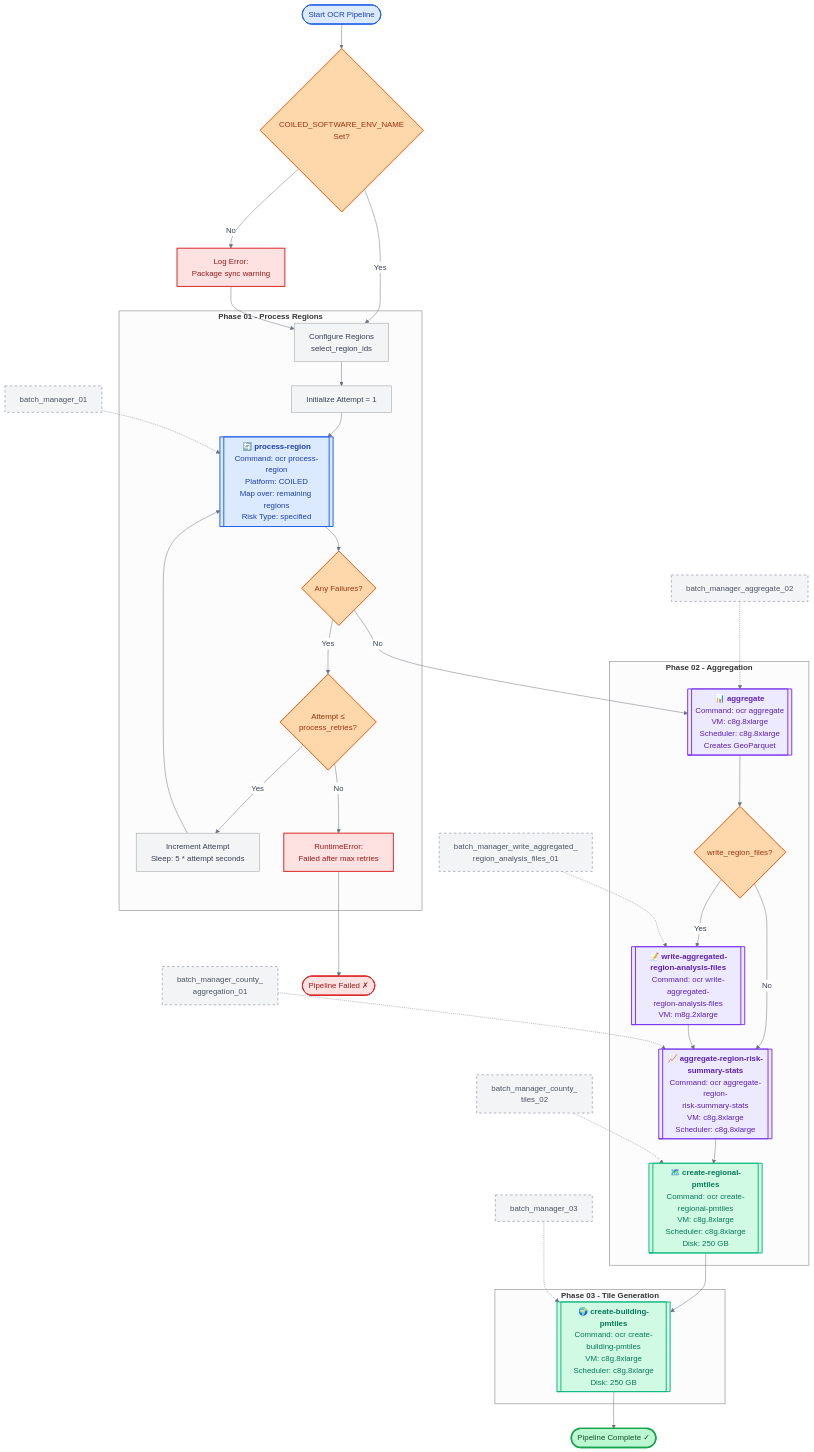
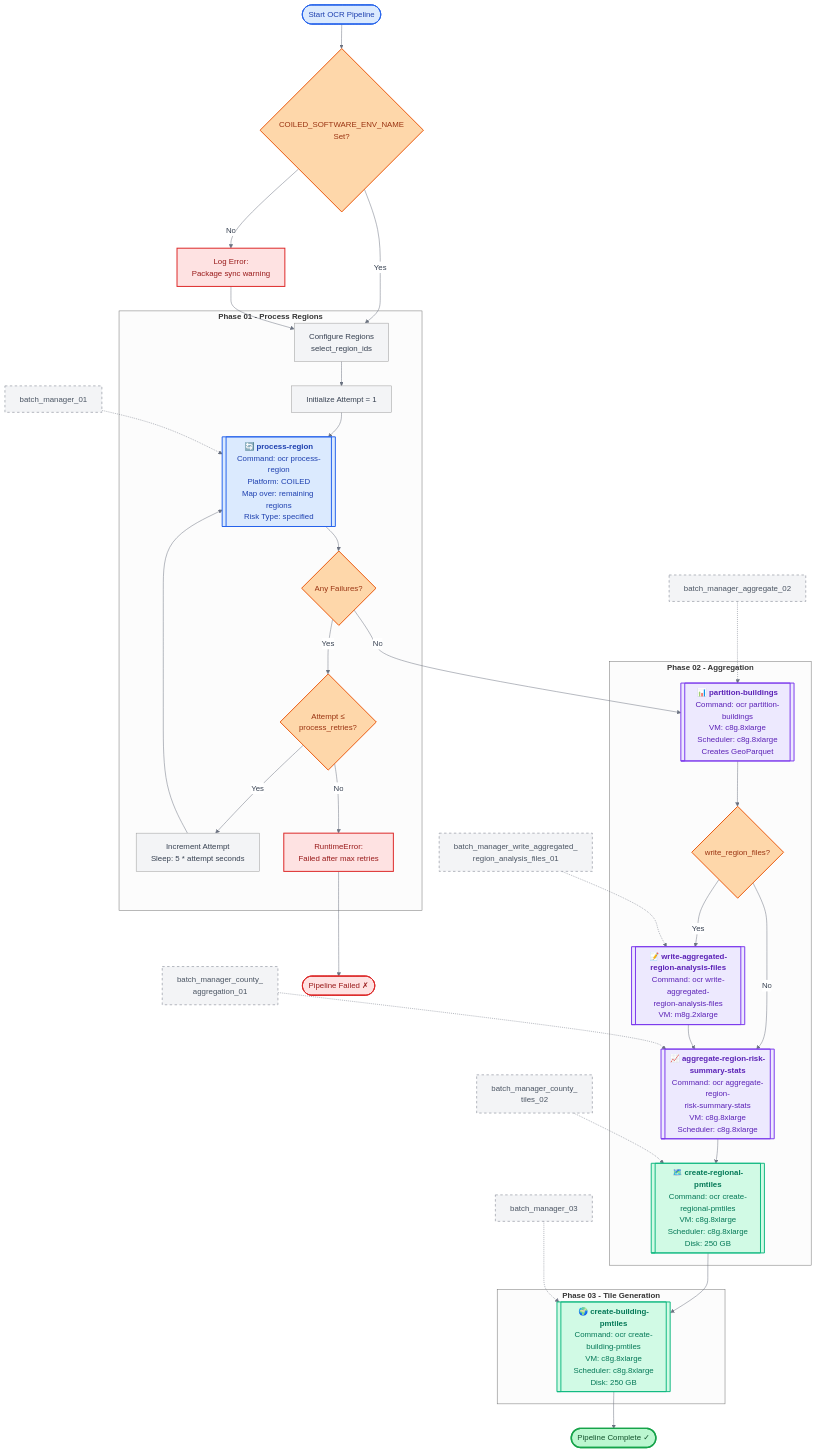
Before and after one commit to carbonplan/ocr: the first of 2 diagrams in docs/reference/deployment.md, drawn with Mermaid. The commit also changed 1 other file, not shown here.

Commit message:
Use partition-buildings command in docs
Update deployment diagram and data-pipeline tutorial to replace the generic
"aggregate" step with the `partition-buildings` job/CLI and correct related
CLI examples and subcommand names.

```diff
--- a/docs/reference/deployment.md
+++ b/docs/reference/deployment.md
@@ -55,7 +55,7 @@
 
     %% Section 02: Aggregation
     subgraph Section02["<b>Phase 02 - Aggregation</b>"]
-        AggregateGeo[["📊 <b>aggregate</b><br/>Command: ocr aggregate<br/>VM: c8g.8xlarge<br/>Scheduler: c8g.8xlarge<br/>Creates GeoParquet"]]
+        AggregateGeo[["📊 <b>partition-buildings</b><br/>Command: ocr partition-buildings<br/>VM: c8g.8xlarge<br/>Scheduler: c8g.8xlarge<br/>Creates GeoParquet"]]
 
         CheckFailed -->|No| AggregateGeo
 
```
